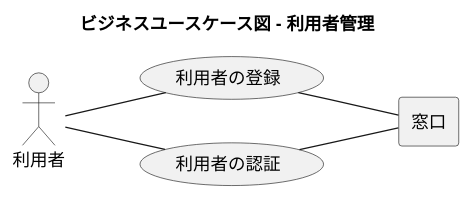
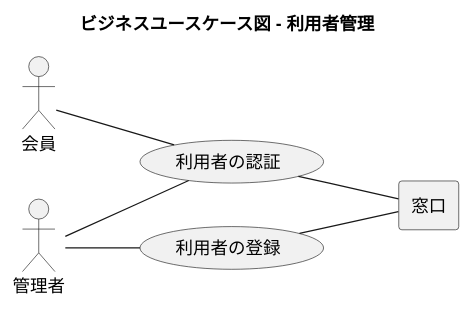
One commit to k2works/case-study-mrs changed the fourth of 19 diagrams in docs/index.adoc. Above: the diagram before and after it, drawn with PlantUML. The commit also changed other lines of this file and 21 other files, not shown here.

```diff
--- a/docs/index.adoc
+++ b/docs/index.adoc
@@ -123,23 +136,25 @@
 [plantuml]
 ----
 @startuml
 
 title ビジネスユースケース図 - 利用者管理
 
 left to right direction
 
-actor 利用者 as ac_01
+actor 会員 as ac_01
+actor 管理者 as ac_02
 
 agent 窓口 as ag_01
 
 usecase 利用者の登録 as uc_01
 usecase 利用者の認証 as uc_02
 
-ac_01 -- (uc_01)
+ac_02 -- (uc_01)
 ac_01 -- (uc_02)
+ac_02 -- (uc_02)
 
 (uc_01) -- ag_01
 (uc_02) -- ag_01
 
 @enduml
 ----
```
